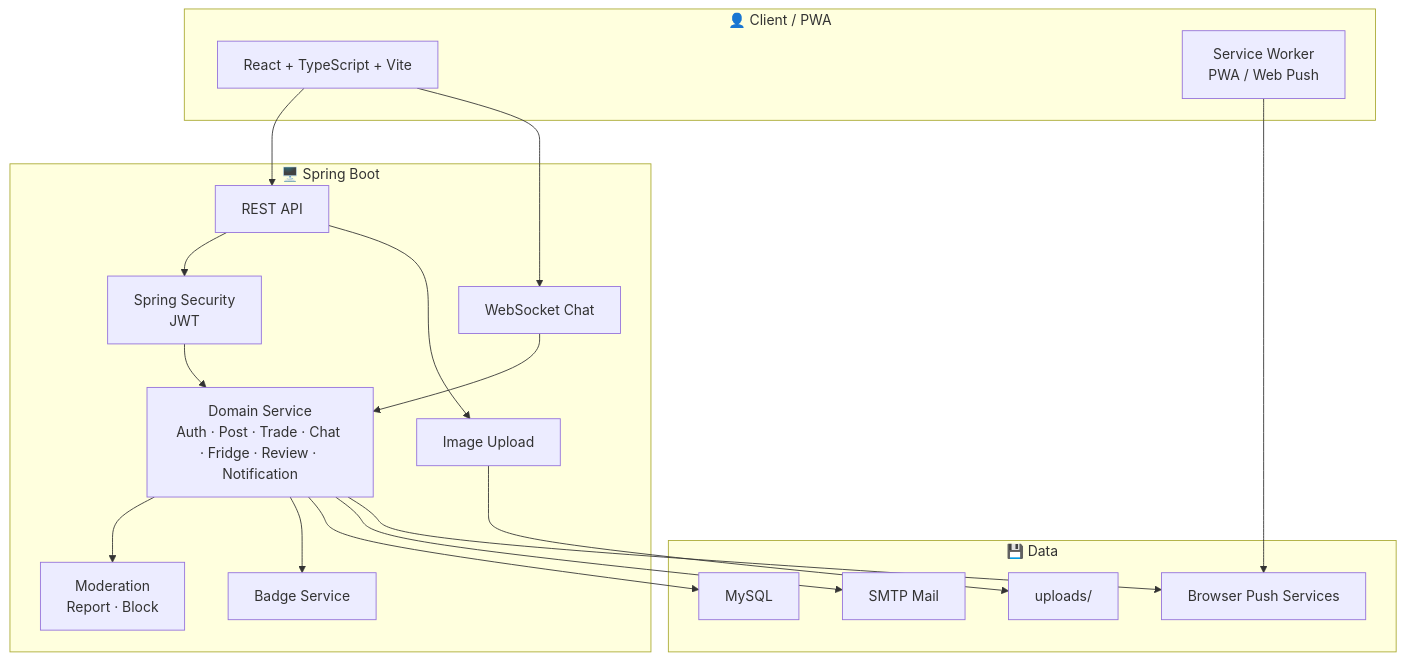
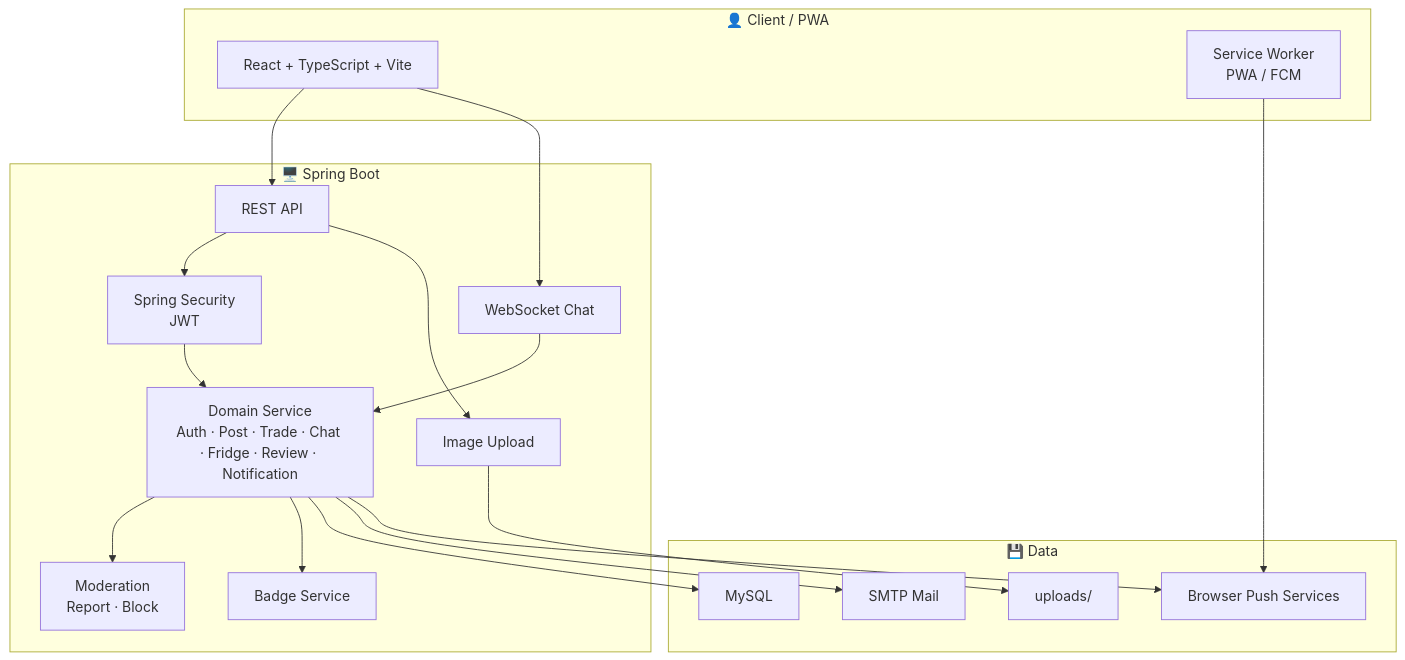
One commit to hjs7115/foodshare changed the second of 2 diagrams in README.md. Above: the diagram before and after it, drawn with Mermaid. The commit also changed other lines of this file and 45 other files, not shown here.

Commit message:
Switch push notifications back to FCM

````diff
--- a/README.md
+++ b/README.md
@@ -98,38 +98,38 @@
 ```mermaid
 graph TB
     subgraph Client["👤 Client / PWA"]
         Web["React + TypeScript + Vite"]
-        SW["Service Worker<br/>PWA / Web Push"]
+        SW["Service Worker<br/>PWA / FCM"]
     end
 
     subgraph Server["🖥️ Spring Boot"]
         API["REST API"]
         WS["WebSocket Chat"]
         Security["Spring Security<br/>JWT"]
         Domain["Domain Service<br/>Auth · Post · Trade · Chat · Fridge · Review · Notification"]
         Moderation["Moderation<br/>Report · Block"]
         Badge["Badge Service"]
         Upload["Image Upload"]
     end
 
     subgraph Data["💾 Data"]
         MySQL["MySQL"]
         Files["uploads/"]
         Mail["SMTP Mail"]
         Push["Browser Push Services"]
     end
 
     Web --> API
     Web --> WS
     SW --> Push
     API --> Security
     Security --> Domain
     WS --> Domain
     Domain --> Moderation
     Domain --> Badge
     Domain --> MySQL
     Domain --> Mail
     Domain --> Push
     API --> Upload
     Upload --> Files
 ```
````
